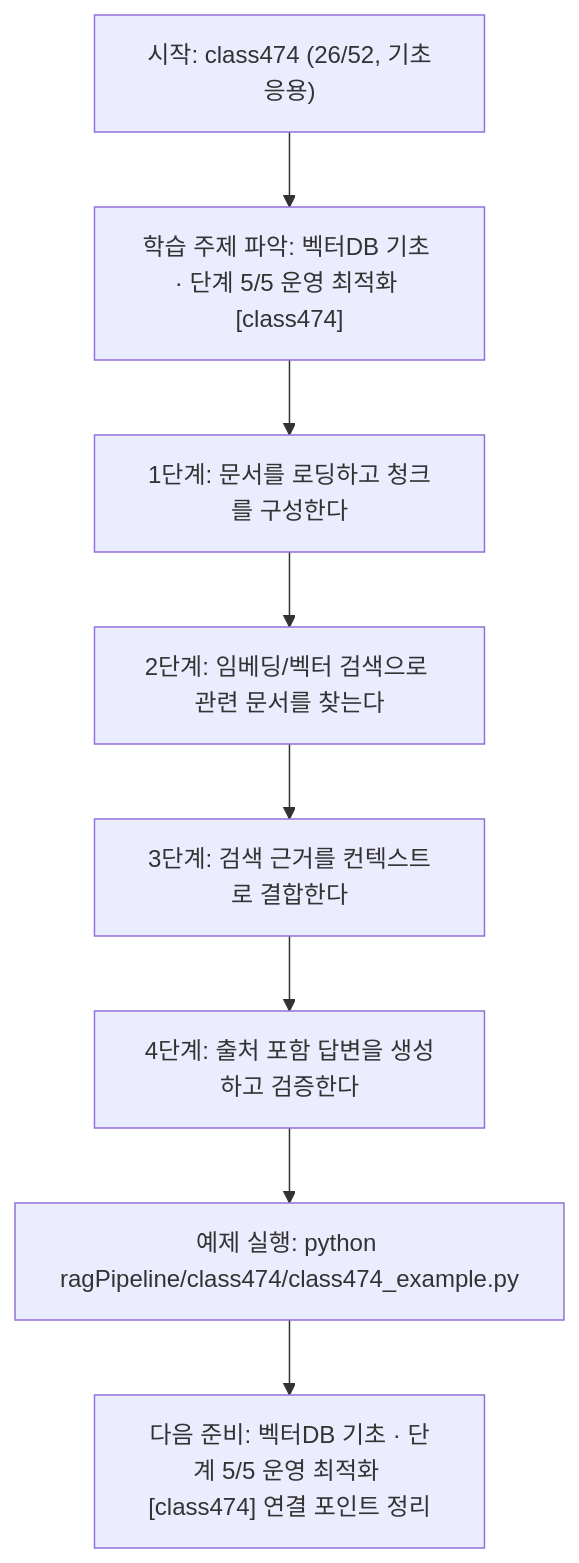
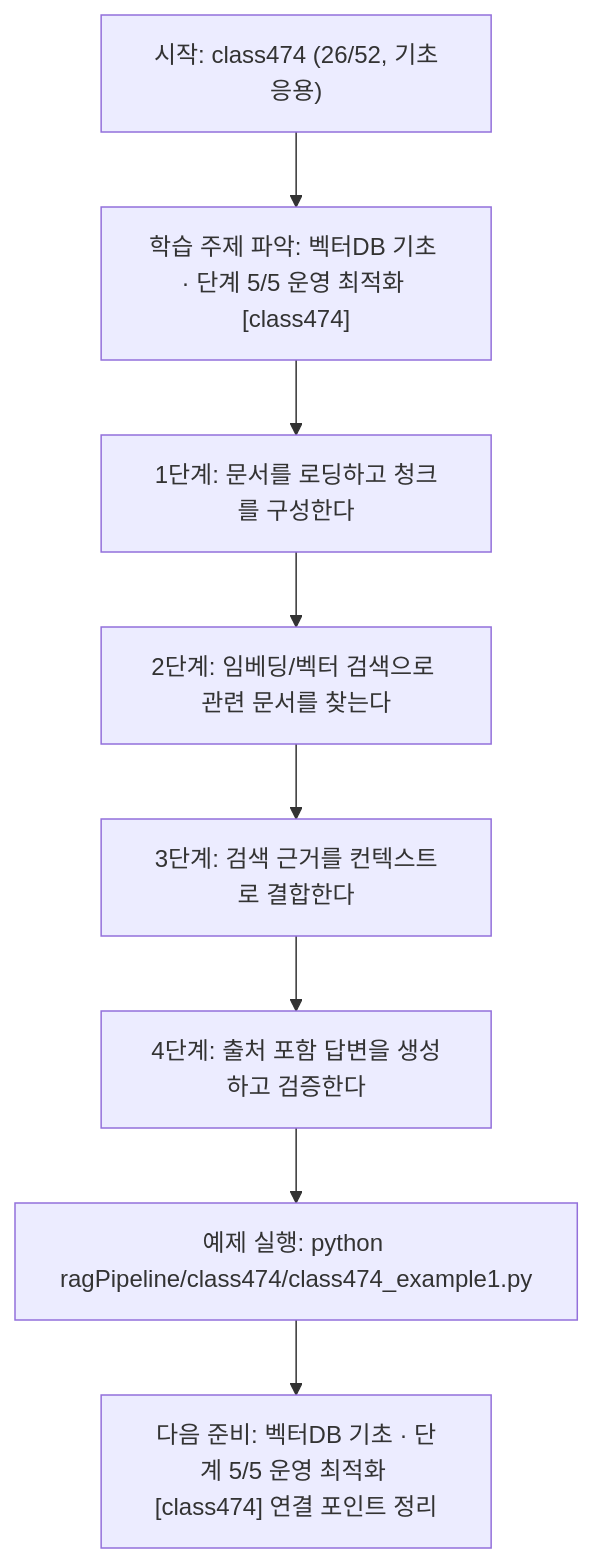
Before and after one commit to edumgt/Python-AI_Agent-Class: the diagram in ragPipeline/class474/class474.md, drawn with Mermaid. The commit also changed other lines of this file and 2959 other files, not shown here.

````diff
--- a/ragPipeline/class474/class474.md
+++ b/ragPipeline/class474/class474.md
@@ -111,18 +111,18 @@
 ```mermaid
 flowchart TD
 N1["시작: class474 (26/52, 기초응용)"]
 N2["학습 주제 파악: 벡터DB 기초 · 단계 5/5 운영 최적화 [class474]"]
 N3["1단계: 문서를 로딩하고 청크를 구성한다"]
 N4["2단계: 임베딩/벡터 검색으로 관련 문서를 찾는다"]
 N5["3단계: 검색 근거를 컨텍스트로 결합한다"]
 N6["4단계: 출처 포함 답변을 생성하고 검증한다"]
-N7["예제 실행: python ragPipeline/class474/class474_example.py"]
+N7["예제 실행: python ragPipeline/class474/class474_example1.py"]
 N8["다음 준비: 벡터DB 기초 · 단계 5/5 운영 최적화 [class474] 연결 포인트 정리"]
 N1 --> N2
 N2 --> N3
 N3 --> N4
 N4 --> N5
 N5 --> N6
 N6 --> N7
 N7 --> N8
 ```
````
